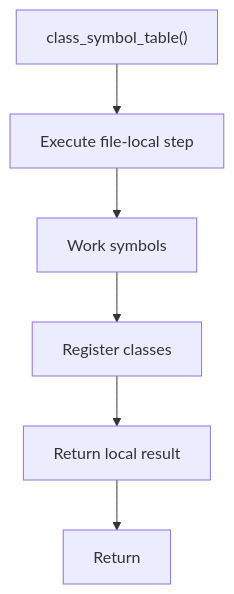
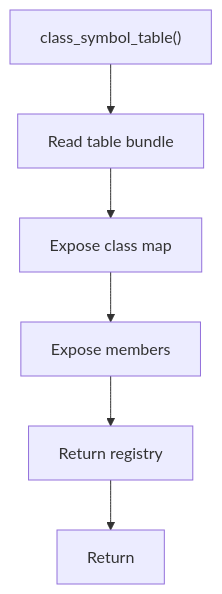
The diagram in docs/Codebase/Microservice/Modules/Source/Analysis/ImplementationUse/Resolution/Symbols/Query/Flow/functions/class_symbol_table.cpp.md (JohnAndrewBalbarosa/NeoTerritory), drawn with Mermaid before and after one commit. The commit also changed other lines of this file and 147 other files, not shown here.

````diff
--- a/docs/Codebase/Microservice/Modules/Source/Analysis/ImplementationUse/Resolution/Symbols/Query/Flow/functions/class_symbol_table.cpp.md
+++ b/docs/Codebase/Microservice/Modules/Source/Analysis/ImplementationUse/Resolution/Symbols/Query/Flow/functions/class_symbol_table.cpp.md
@@ -18,14 +25,14 @@
 ```mermaid
 flowchart TD
     Start["class_symbol_table()"]
-    N0["Execute file-local step"]
-    N1["Work symbols"]
-    N2["Register classes"]
-    N3["Return local result"]
+    N0["Read table bundle"]
+    N1["Expose class map"]
+    N2["Expose members"]
+    N3["Return registry"]
     End["Return"]
     Start --> N0
     N0 --> N1
     N1 --> N2
     N2 --> N3
     N3 --> End
 ```
````
